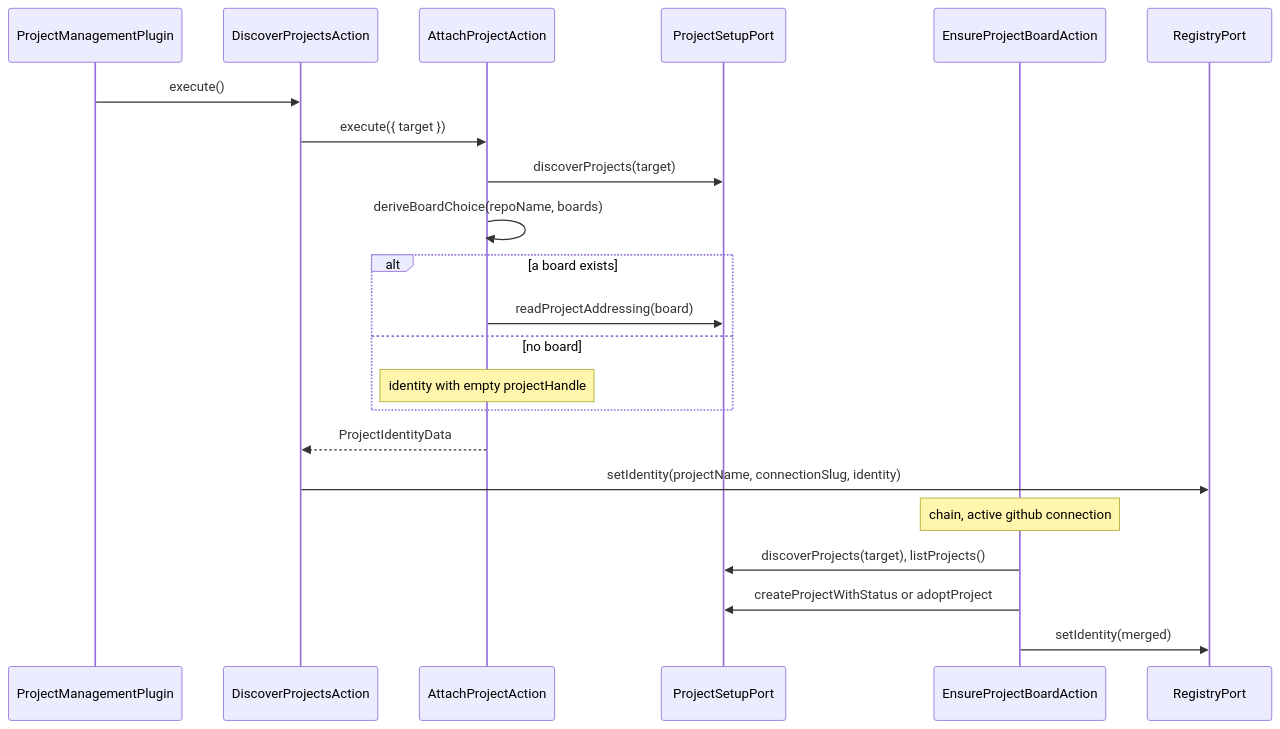
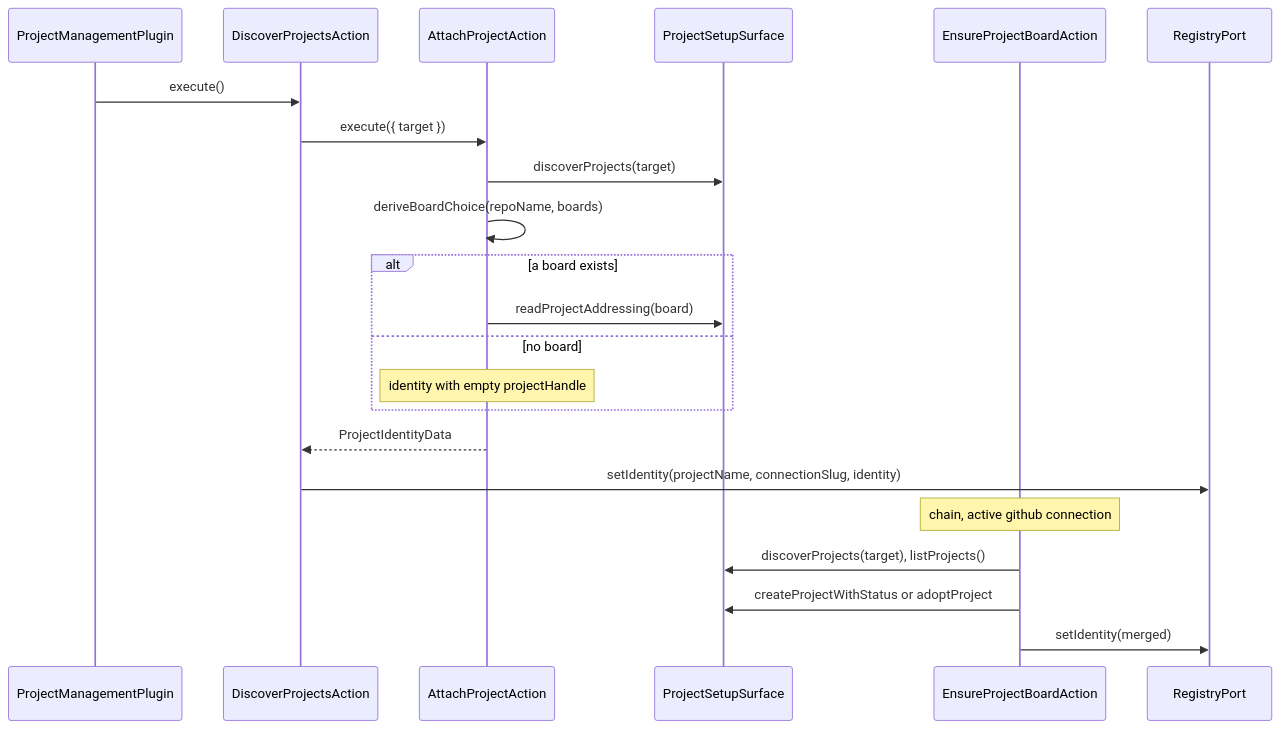
Diagram 18 of 18 in docs/developer-manual.md (99linesofcode/obsidian-project-management), drawn with Mermaid before and after one commit. The commit also changed other lines of this file and 89 other files, not shown here.

````diff
--- a/docs/developer-manual.md
+++ b/docs/developer-manual.md
@@ -825,25 +829,25 @@
 ```mermaid
 sequenceDiagram
   participant P as ProjectManagementPlugin
   participant D as DiscoverProjectsAction
   participant A as AttachProjectAction
-  participant Setup as ProjectSetupPort
+  participant Setup as ProjectSetupSurface
   participant Ens as EnsureProjectBoardAction
   participant SS as RegistryPort
 
   P->>D: execute()
   D->>A: execute({ target })
   A->>Setup: discoverProjects(target)
   A->>A: deriveBoardChoice(repoName, boards)
   alt a board exists
     A->>Setup: readProjectAddressing(board)
   else no board
     Note over A: identity with empty projectHandle
   end
   A-->>D: ProjectIdentityData
   D->>SS: setIdentity(projectName, connectionSlug, identity)
   Note over Ens: chain, active github connection
   Ens->>Setup: discoverProjects(target), listProjects()
   Ens->>Setup: createProjectWithStatus or adoptProject
   Ens->>SS: setIdentity(merged)
 ```
````
